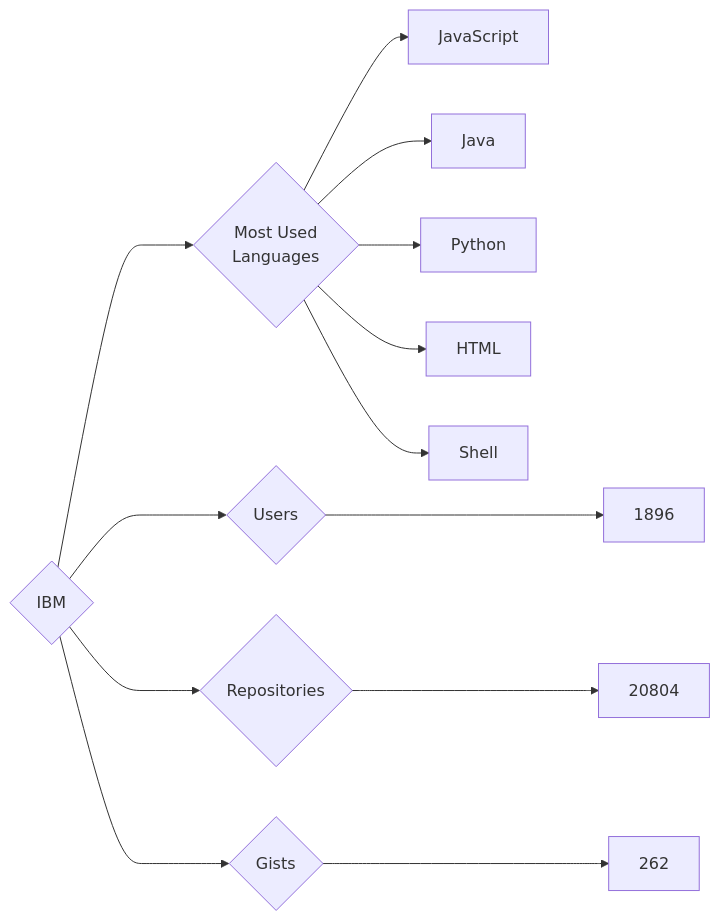
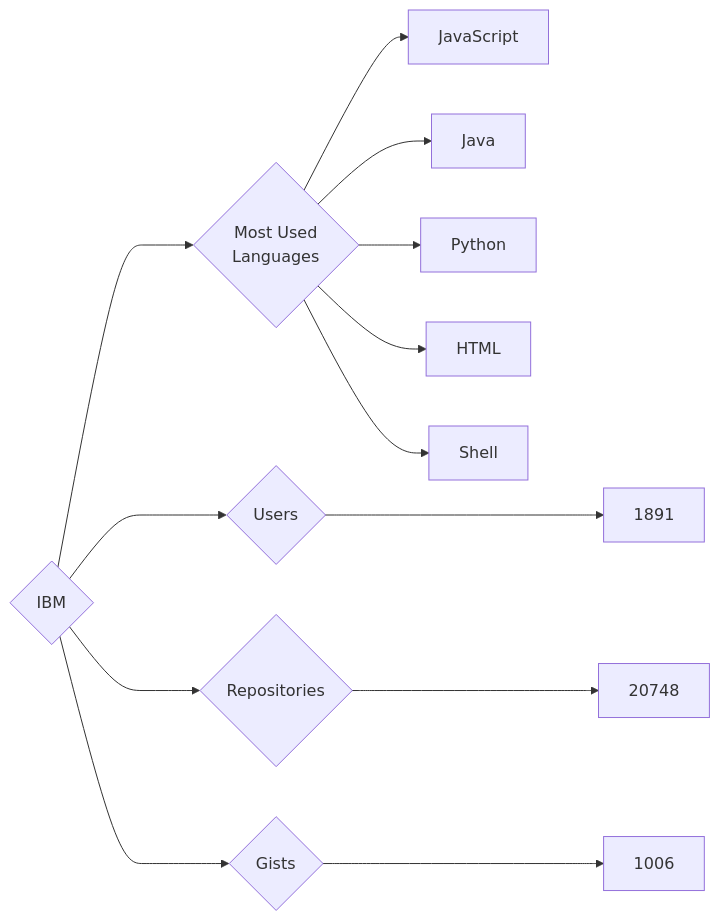
Before and after one commit to trickest/insiders: the diagram in targets/IBM/README.md, drawn with Mermaid. The commit also changed 718 other files, not shown here.

````diff
--- a/targets/IBM/README.md
+++ b/targets/IBM/README.md
@@ -3,13 +3,13 @@
 ```mermaid
 graph LR
 COMPANY_NAME{IBM}
-COMPANY_NAME ---> U{Users} ---> UN[1896]
-COMPANY_NAME ---> R{Repositories} ---> RN[20804]
-COMPANY_NAME ---> G{Gists} ---> GN[262]
+COMPANY_NAME ---> U{Users} ---> UN[1891]
+COMPANY_NAME ---> R{Repositories} ---> RN[20748]
+COMPANY_NAME ---> G{Gists} ---> GN[1006]
 COMPANY_NAME ---> ML{Most Used<br>Languages}
 ML --> JavaScript[JavaScript]
 ML --> Java[Java]
 ML --> Python[Python]
 ML --> HTML[HTML]
 ML --> Shell[Shell]
 ```
````
